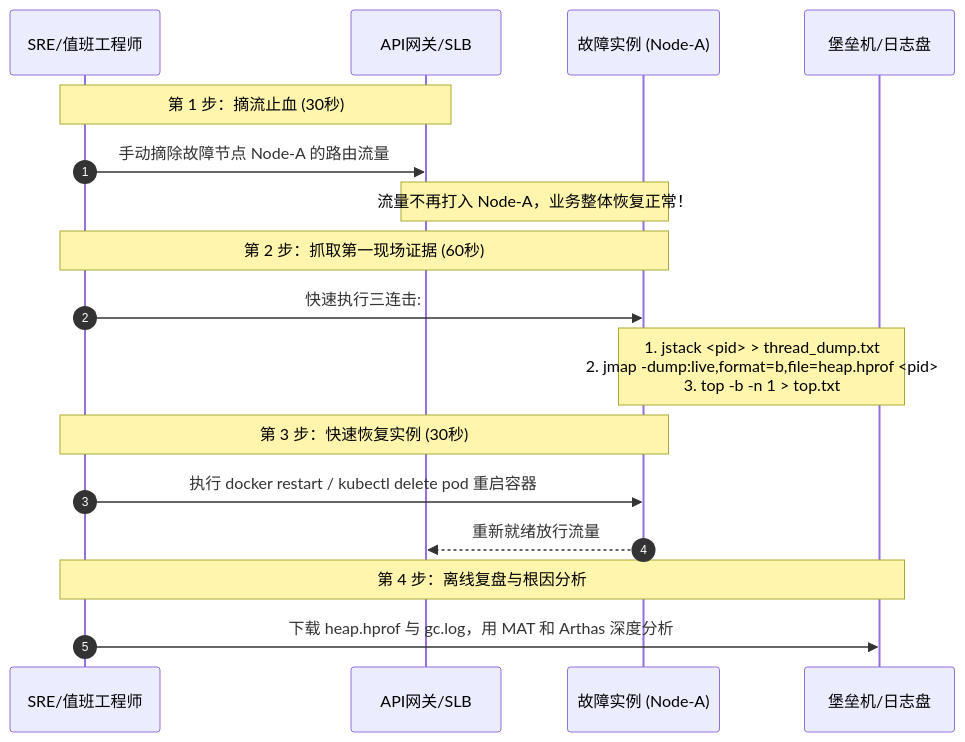
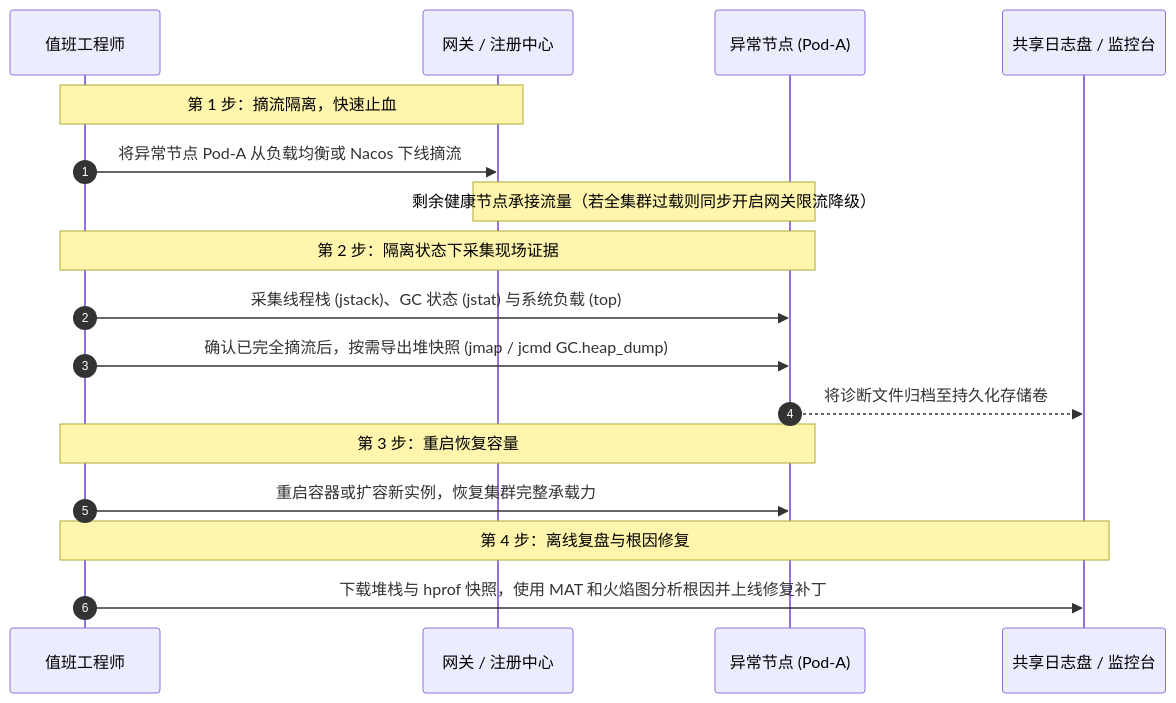
One commit to GuoWWWX/knowledge-base changed the third of 3 diagrams in 20-Java后端/09-项目实战/05-项目-JVM故障排查演练.md. Above: the diagram before and after it, drawn with Mermaid. The commit also changed other lines of this file and 251 other files, not shown here.

````diff
--- a/20-Java后端/09-项目实战/05-项目-JVM故障排查演练.md
+++ b/20-Java后端/09-项目实战/05-项目-JVM故障排查演练.md
@@ -182,23 +188,23 @@
 ```mermaid
 sequenceDiagram
     autonumber
-    participant Ops as SRE/值班工程师
-    participant GW as API网关/SLB
-    participant Node as 故障实例 (Node-A)
-    participant LogServer as 堡垒机/日志盘
+    participant Ops as 值班工程师
+    participant GW as 网关 / 注册中心
+    participant Node as 异常节点 (Pod-A)
+    participant Storage as 共享日志盘 / 监控台
 
-    Note over Ops,GW: 第 1 步：摘流止血 (30秒)
-    Ops->>GW: 手动摘除故障节点 Node-A 的路由流量
-    Note over GW,Node: 流量不再打入 Node-A，业务整体恢复正常！
+    Note over Ops,GW: 第 1 步：摘流隔离，快速止血
+    Ops->>GW: 将异常节点 Pod-A 从负载均衡或 Nacos 下线摘流
+    Note over GW,Node: 剩余健康节点承接流量（若全集群过载则同步开启网关限流降级）
 
-    Note over Ops,Node: 第 2 步：抓取第一现场证据 (60秒)
-    Ops->>Node: 快速执行三连击:
-    Note over Node,LogServer: 1. jstack <pid> > thread_dump.txt<br/>2. jmap -dump:live,format=b,file=heap.hprof <pid><br/>3. top -b -n 1 > top.txt
-    
-    Note over Ops,Node: 第 3 步：快速恢复实例 (30秒)
-    Ops->>Node: 执行 docker restart / kubectl delete pod 重启容器
-    Node-->>GW: 重新就绪放行流量
+    Note over Ops,Node: 第 2 步：隔离状态下采集现场证据
+    Ops->>Node: 采集线程栈 (jstack)、GC 状态 (jstat) 与系统负载 (top)
+    Ops->>Node: 确认已完全摘流后，按需导出堆快照 (jmap / jcmd GC.heap_dump)
+    Node-->>Storage: 将诊断文件归档至持久化存储卷
 
-    Note over Ops,LogServer: 第 4 步：离线复盘与根因分析
-    Ops->>LogServer: 下载 heap.hprof 与 gc.log，用 MAT 和 Arthas 深度分析
+    Note over Ops,Node: 第 3 步：重启恢复容量
+    Ops->>Node: 重启容器或扩容新实例，恢复集群完整承载力
+
+    Note over Ops,Storage: 第 4 步：离线复盘与根因修复
+    Ops->>Storage: 下载堆栈与 hprof 快照，使用 MAT 和火焰图分析根因并上线修复补丁
 ```
````
